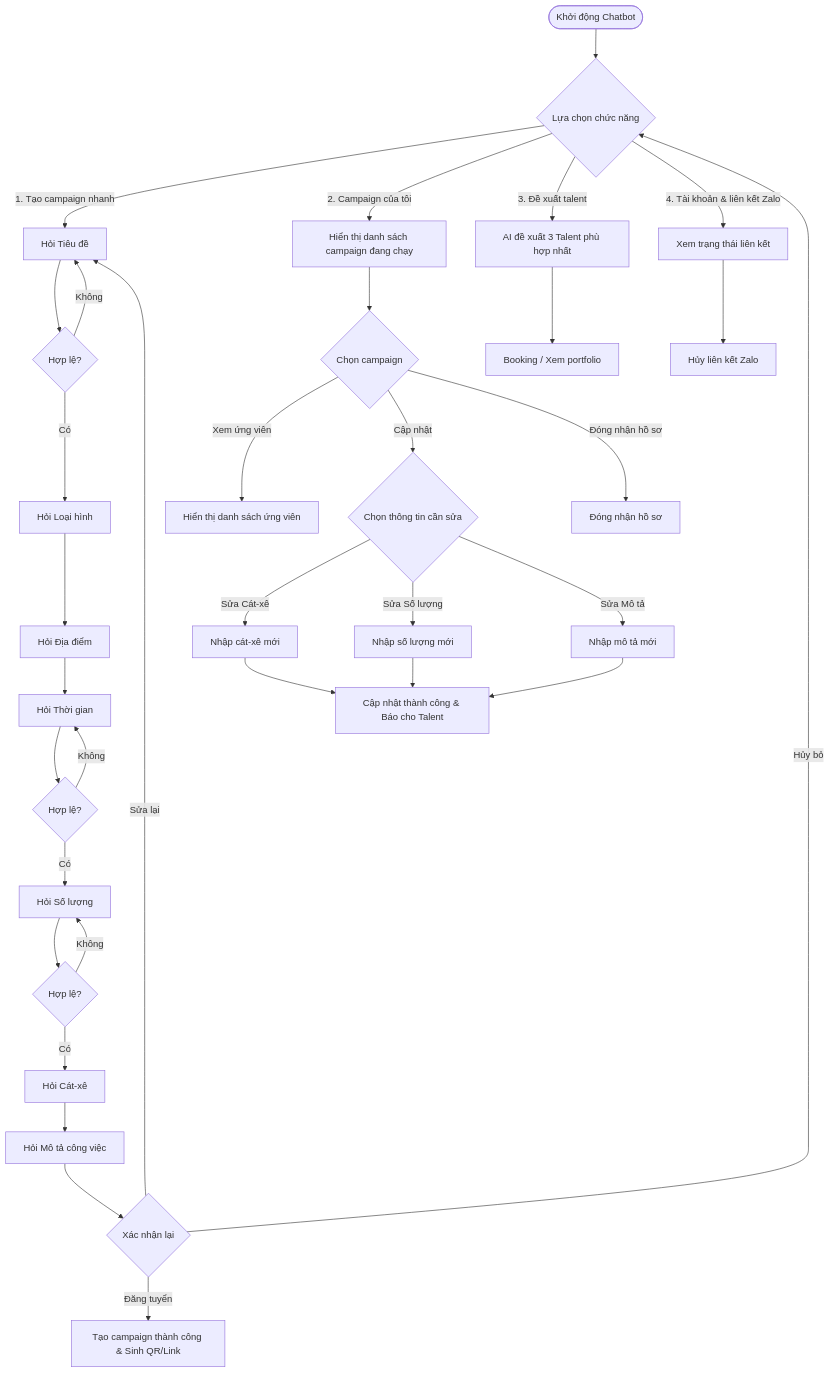
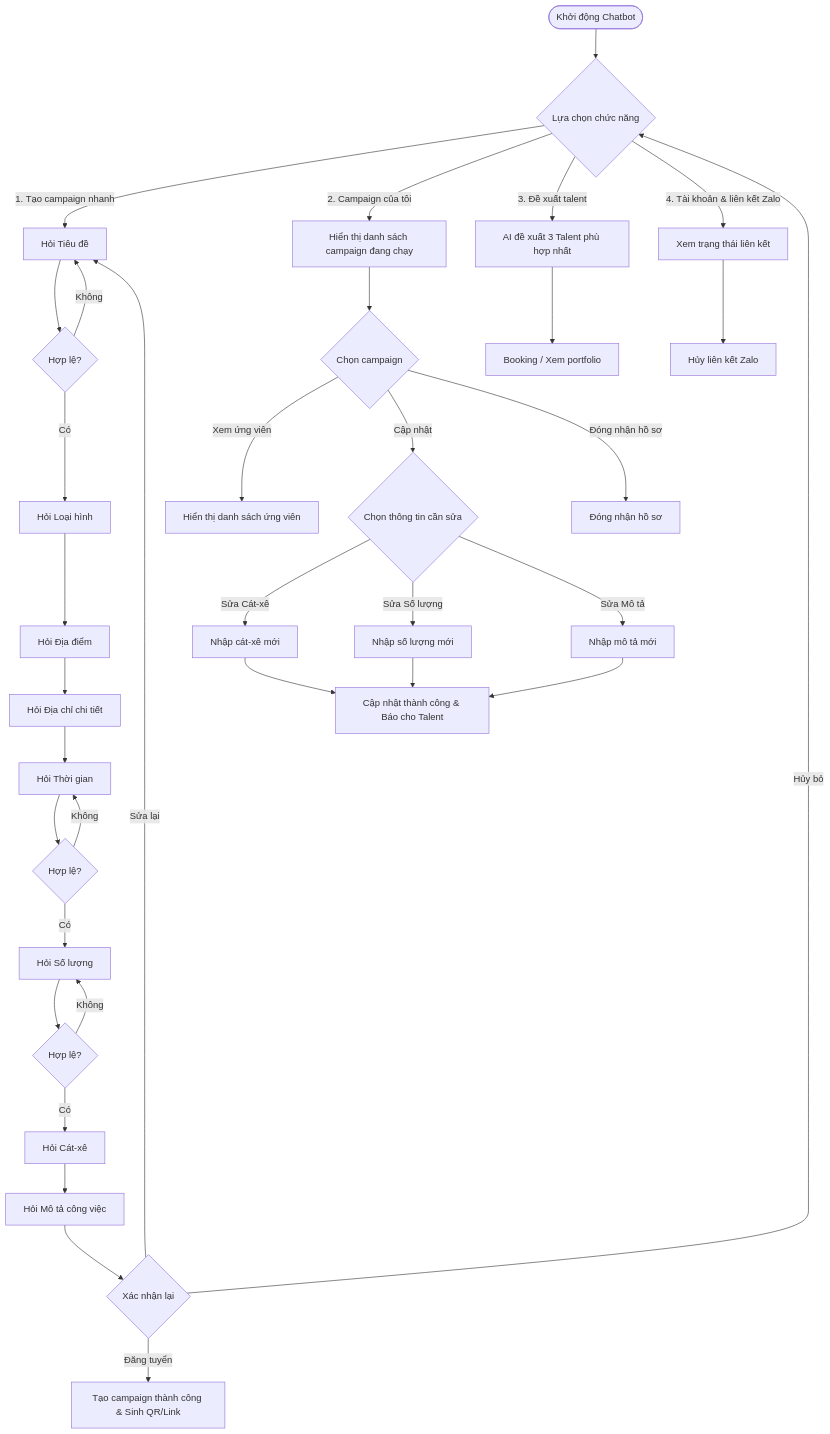
The diagram in docs/zalo-chatbot/campaign-creation-flow.md (vietcuong2004/VNP2026_OnstageVN), drawn with Mermaid before and after one commit. The commit also changed other lines of this file and 1 other file, not shown here.

````diff
--- a/docs/zalo-chatbot/campaign-creation-flow.md
+++ b/docs/zalo-chatbot/campaign-creation-flow.md
@@ -48,44 +48,45 @@
 ```mermaid
 graph TD
     Start([Khởi động Chatbot]) --> MainMenu{Lựa chọn chức năng}
     
     %% Option 1: Tạo campaign nhanh
     MainMenu -->|1. Tạo campaign nhanh| AskTitle[Hỏi Tiêu đề]
     AskTitle --> ValidateTitle{Hợp lệ?}
     ValidateTitle -- Không --> AskTitle
     ValidateTitle -- Có --> AskJobType[Hỏi Loại hình]
     AskJobType --> AskLocation[Hỏi Địa điểm]
-    AskLocation --> AskDate[Hỏi Thời gian]
+    AskLocation --> AskAddress[Hỏi Địa chỉ chi tiết]
+    AskAddress --> AskDate[Hỏi Thời gian]
     AskDate --> ValidateDate{Hợp lệ?}
     ValidateDate -- Không --> AskDate
     ValidateDate -- Có --> AskQuantity[Hỏi Số lượng]
     AskQuantity --> ValidateQty{Hợp lệ?}
     ValidateQty -- Không --> AskQuantity
     ValidateQty -- Có --> AskBudget[Hỏi Cát-xê]
     AskBudget --> AskDescription[Hỏi Mô tả công việc]
     AskDescription --> Confirm{Xác nhận lại}
     Confirm -- Đăng tuyển --> CreateJob[Tạo campaign thành công & Sinh QR/Link]
     Confirm -- Sửa lại --> AskTitle
     Confirm -- Hủy bỏ --> MainMenu
 
     %% Option 2: Campaign của tôi
     MainMenu -->|2. Campaign của tôi| ShowCampaigns[Hiển thị danh sách campaign đang chạy]
     ShowCampaigns --> SelectCampaign{Chọn campaign}
     SelectCampaign -->|Xem ứng viên| ShowApplicants[Hiển thị danh sách ứng viên]
     SelectCampaign -->|Cập nhật| ChooseFieldToUpdate{Chọn thông tin cần sửa}
     SelectCampaign -->|Đóng nhận hồ sơ| CloseCampaign[Đóng nhận hồ sơ]
     
     ChooseFieldToUpdate -->|Sửa Cát-xê| EditBudget[Nhập cát-xê mới]
     ChooseFieldToUpdate -->|Sửa Số lượng| EditQty[Nhập số lượng mới]
     ChooseFieldToUpdate -->|Sửa Mô tả| EditDesc[Nhập mô tả mới]
     
     EditBudget & EditQty & EditDesc --> UpdateSuccess[Cập nhật thành công & Báo cho Talent]
     
     %% Option 3: Đề xuất talent
     MainMenu -->|3. Đề xuất talent| GetAIPositions[AI đề xuất 3 Talent phù hợp nhất]
     GetAIPositions --> BookingTalent[Booking / Xem portfolio]
 
     %% Option 4: Tài khoản & liên kết Zalo
     MainMenu -->|4. Tài khoản & liên kết Zalo| ShowAccountStatus[Xem trạng thái liên kết]
     ShowAccountStatus --> Unlink[Hủy liên kết Zalo]
 ```
````
